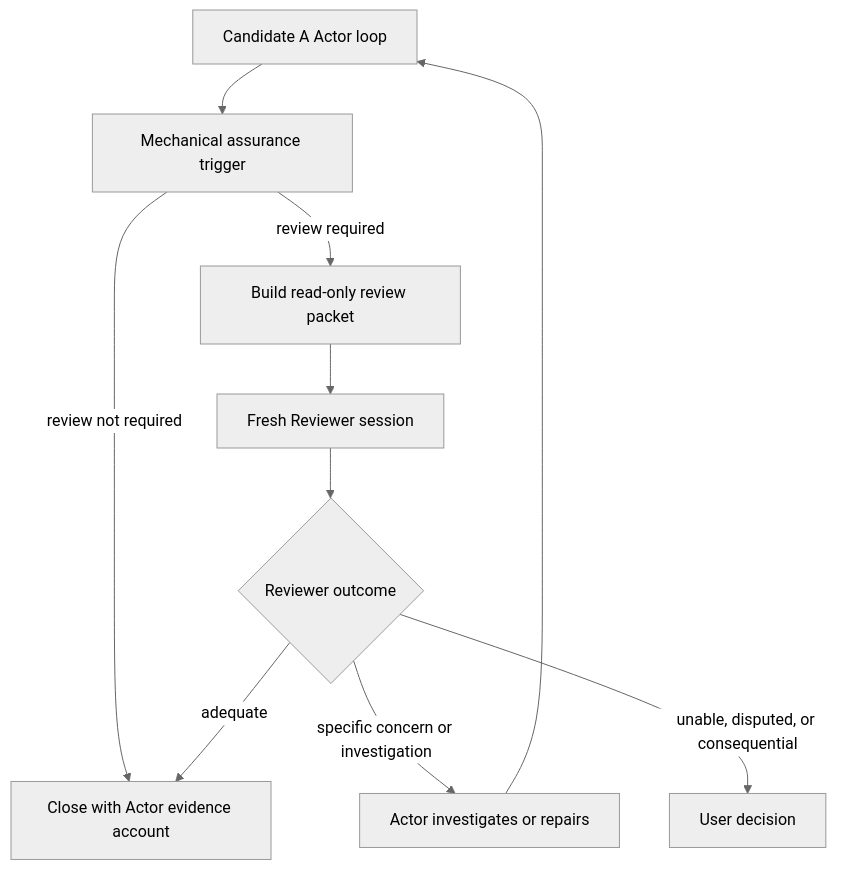
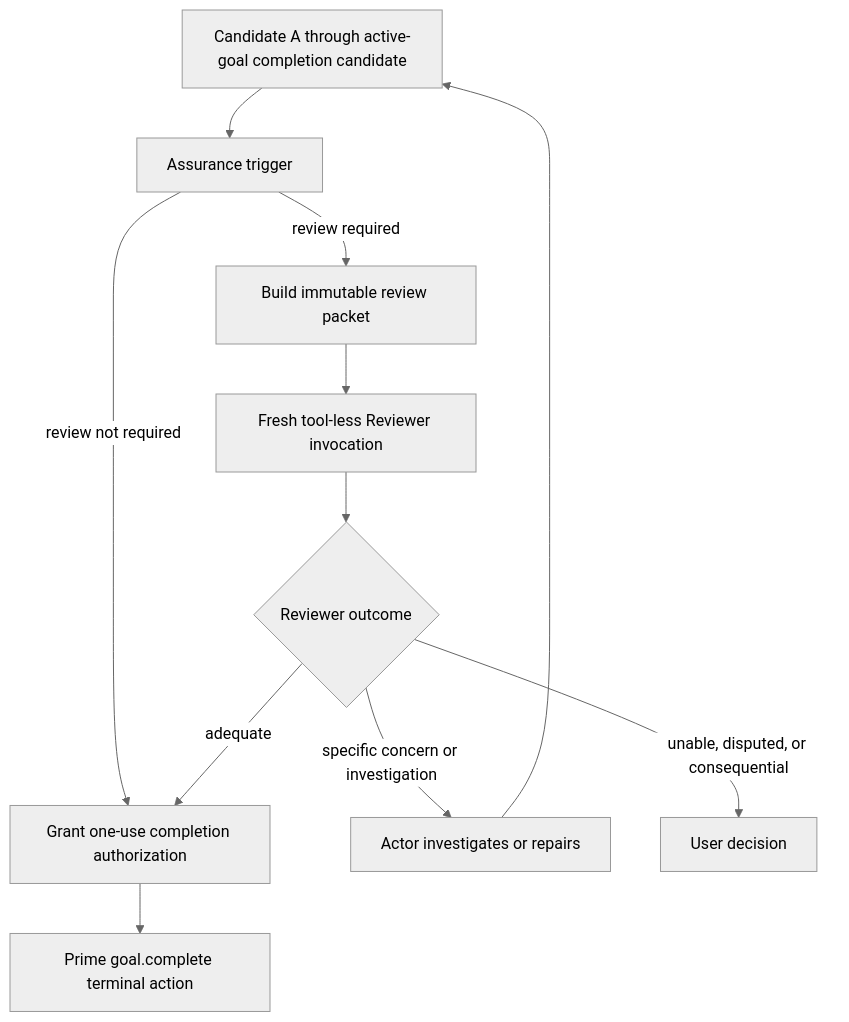
One commit to bringfire/Rook changed the second of 3 diagrams in docs/superpowers/2026-08-17-coordinating-intelligence-candidate-architectures.md. Above: the diagram before and after it, drawn with Mermaid (neutral theme). The commit also changed other lines of this file, not shown here.

Commit message:
docs: close candidate architecture lifecycle gaps

````diff
--- a/docs/superpowers/2026-08-17-coordinating-intelligence-candidate-architectures.md
+++ b/docs/superpowers/2026-08-17-coordinating-intelligence-candidate-architectures.md
@@ -569,12 +665,13 @@
 ```mermaid
 flowchart TD
-    A["Candidate A Actor loop"] --> G["Mechanical assurance trigger"]
-    G -->|"review not required"| C["Close with Actor evidence account"]
-    G -->|"review required"| P["Build read-only review packet"]
-    P --> V["Fresh Reviewer session"]
+    A["Candidate A through active-goal completion candidate"] --> G["Assurance trigger"]
+    G -->|"review not required"| C["Grant one-use completion authorization"]
+    G -->|"review required"| P["Build immutable review packet"]
+    P --> V["Fresh tool-less Reviewer invocation"]
     V --> O{"Reviewer outcome"}
     O -->|"adequate"| C
     O -->|"specific concern or investigation"| R["Actor investigates or repairs"]
     R --> A
     O -->|"unable, disputed, or consequential"| U["User decision"]
+    C --> T["Prime goal.complete terminal action"]
 ```
````
